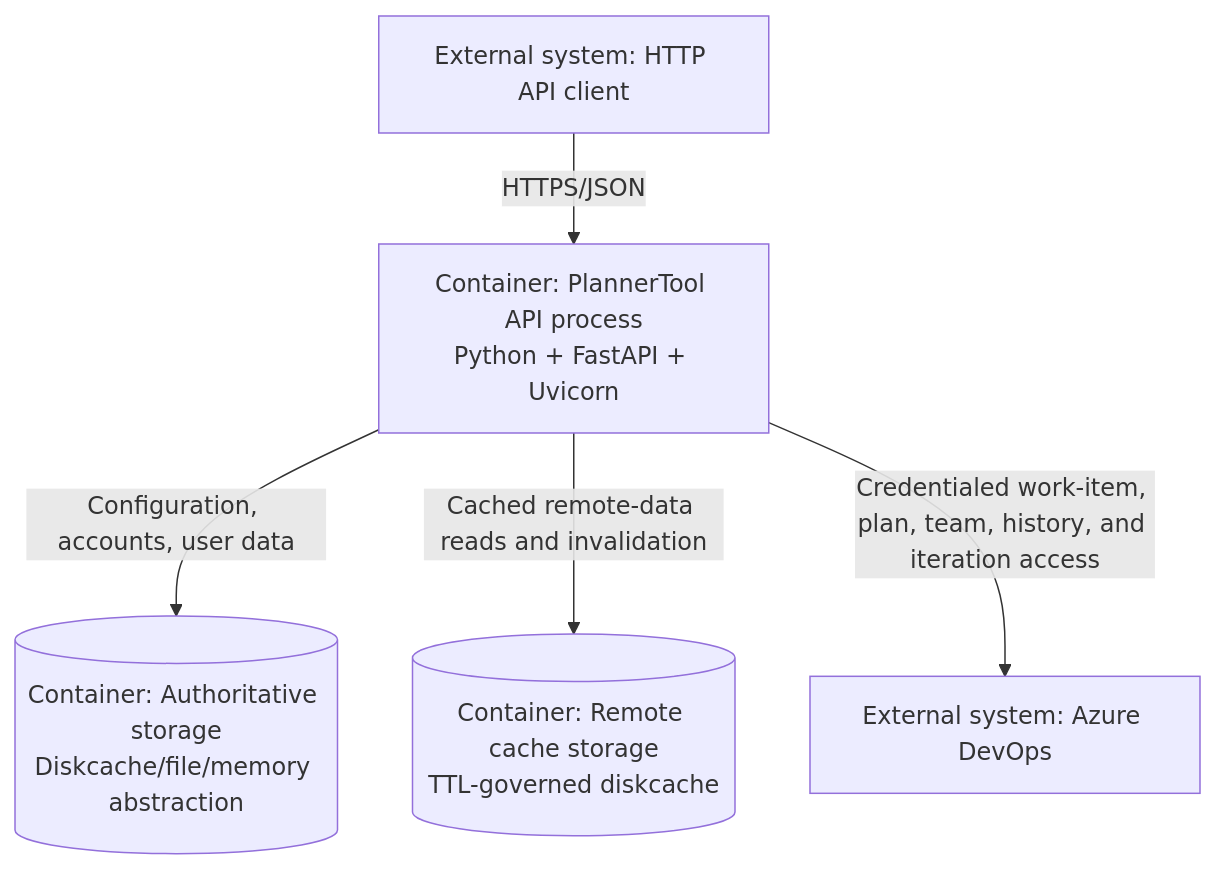
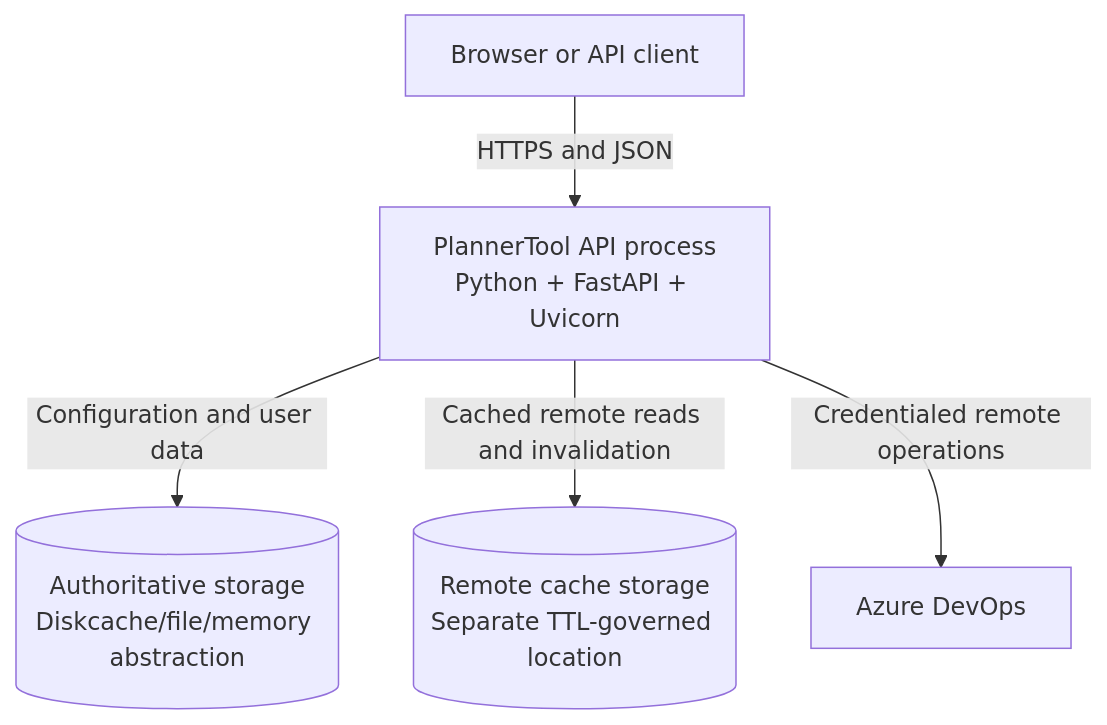
One commit to kpoppel/PlannerTool changed the second of 5 diagrams in docs/ARCHITECTURE_SERVER.md. Above: the diagram before and after it, drawn with Mermaid. The commit also changed other lines of this file and 4 other files, not shown here.

````diff
--- a/docs/ARCHITECTURE_SERVER.md
+++ b/docs/ARCHITECTURE_SERVER.md
@@ -70,13 +78,13 @@
 ```mermaid
 flowchart TB
-    client[External system: HTTP API client]
-    ado[External system: Azure DevOps]
-    api[Container: PlannerTool API process\nPython + FastAPI + Uvicorn]
-    auth[(Container: Authoritative storage\nDiskcache/file/memory abstraction)]
-    cache[(Container: Remote cache storage\nTTL-governed diskcache)]
+  client[Browser or API client]
+  api[PlannerTool API process\nPython + FastAPI + Uvicorn]
+  durable[(Authoritative storage\nDiskcache/file/memory abstraction)]
+  remoteCache[(Remote cache storage\nSeparate TTL-governed location)]
+  ado[Azure DevOps]
 
-    client -->|HTTPS/JSON| api
-    api -->|Configuration, accounts, user data| auth
-    api -->|Cached remote-data reads and invalidation| cache
-    api -->|Credentialed work-item, plan, team, history, and iteration access| ado
+  client -->|HTTPS and JSON| api
+  api -->|Configuration and user data| durable
+  api -->|Cached remote reads and invalidation| remoteCache
+  api -->|Credentialed remote operations| ado
 ```
````
